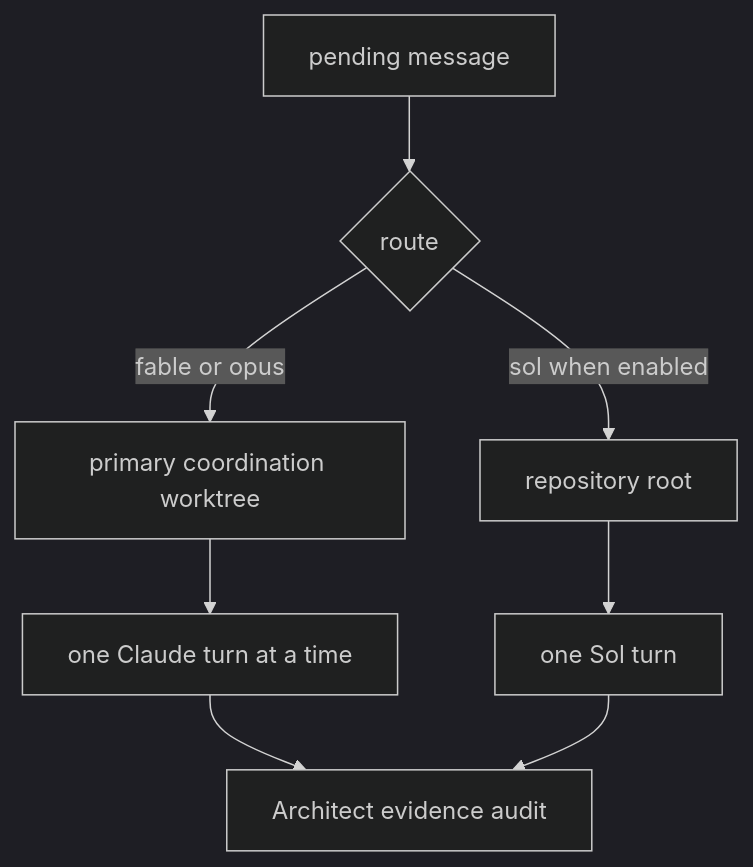
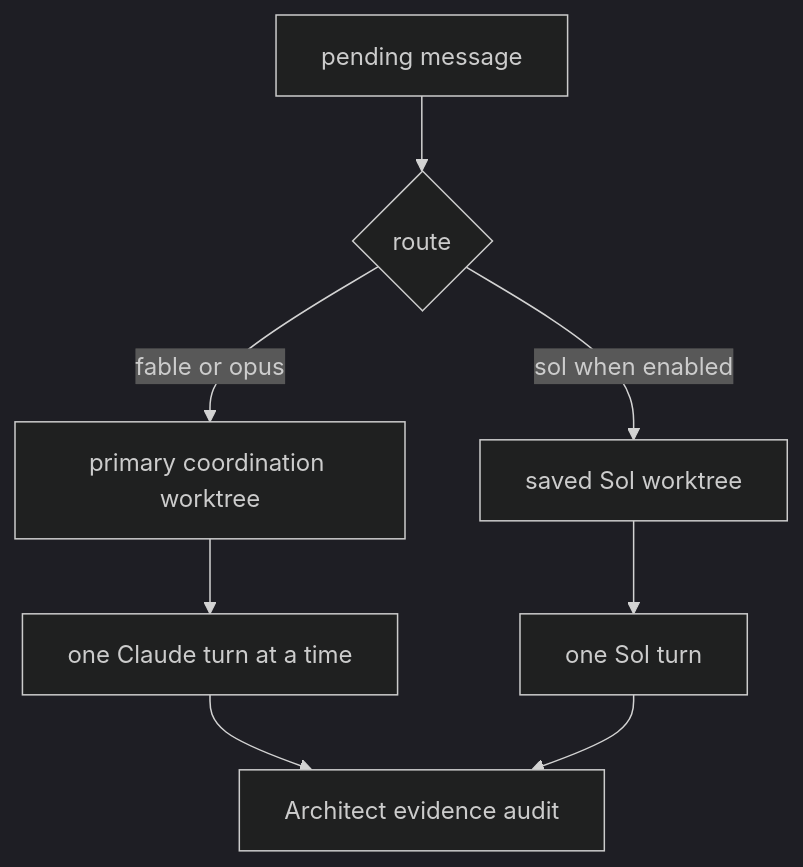
One commit to SBU-COSMOLIKE/emulators_code_v2 changed the fifth of 6 diagrams in ai/README.md. Above: the diagram before and after it, drawn with Mermaid (dark theme). The commit also changed other lines of this file and 11 other files, not shown here.

Commit message:
Use a dedicated persisted worktree for Sol

````diff
--- a/ai/README.md
+++ b/ai/README.md
@@ -748,10 +752,10 @@
 ```mermaid
 flowchart TB
   M["pending message"] --> R{"route"}
   R -->|"fable or opus"| C["primary coordination worktree"]
-  R -->|"sol when enabled"| S["repository root"]
+  R -->|"sol when enabled"| S["saved Sol worktree"]
   C --> Q["one Claude turn at a time"]
   S --> T["one Sol turn"]
   Q --> A["Architect evidence audit"]
   T --> A
 ```
````
